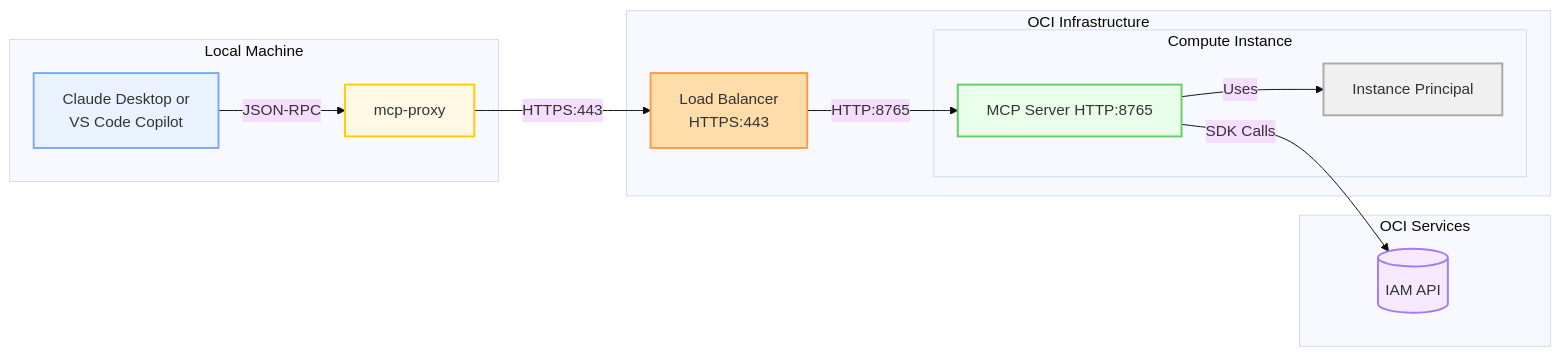
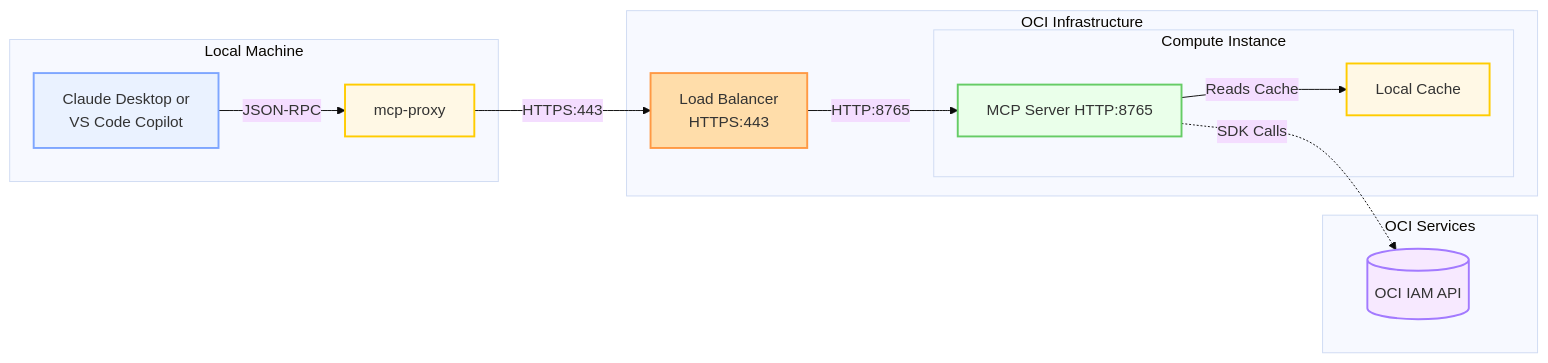
Before and after one commit to agregory999/oci-policy-analysis: the seventh of 7 diagrams in README_MCP.md, drawn with Mermaid (base theme). The commit also changed other lines of this file and 2 other files, not shown here.

Commit message:
chore: MCP and Readme

````diff
--- a/README_MCP.md
+++ b/README_MCP.md
@@ -333,33 +349,33 @@
 ```mermaid
 flowchart LR
     subgraph LOCAL["Local Machine"]
         CLIENT[Claude Desktop or<br/>VS Code Copilot]
         PROXY[mcp-proxy]
     end
 
     subgraph OCI_INFRA["OCI Infrastructure"]
         LB[Load Balancer<br/>HTTPS:443]
         
         subgraph COMPUTE["Compute Instance"]
             MCP[MCP Server HTTP:8765]
-            IP[Instance Principal]
+            CACHE[Local Cache]
         end
     end
 
     subgraph OCI_SERVICES["OCI Services"]
-        IAM[(IAM API)]
+        API[(OCI IAM API)]
     end
 
     CLIENT -->|JSON-RPC| PROXY
     PROXY -->|HTTPS:443| LB
     LB -->|HTTP:8765| MCP
-    MCP -->|Uses| IP
-    MCP -->|SDK Calls| IAM
+    MCP -->|Reads Cache| CACHE
+    MCP -.->|SDK Calls| API
 
     style CLIENT fill:#eaf2ff,stroke:#7ea6ff,stroke-width:2px
     style PROXY fill:#fff8e5,stroke:#ffcc00,stroke-width:2px
     style LB fill:#ffddaa,stroke:#ff9944,stroke-width:2px
     style MCP fill:#eaffea,stroke:#66cc66,stroke-width:2px
-    style IP fill:#f0f0f0,stroke:#aaa,stroke-width:2px
-    style IAM fill:#f7e9ff,stroke:#a37aff,stroke-width:2px
+    style CACHE fill:#fff8e5,stroke:#ffcc00,stroke-width:2px
+    style API fill:#f7e9ff,stroke:#a37aff,stroke-width:2px
 ```
````
